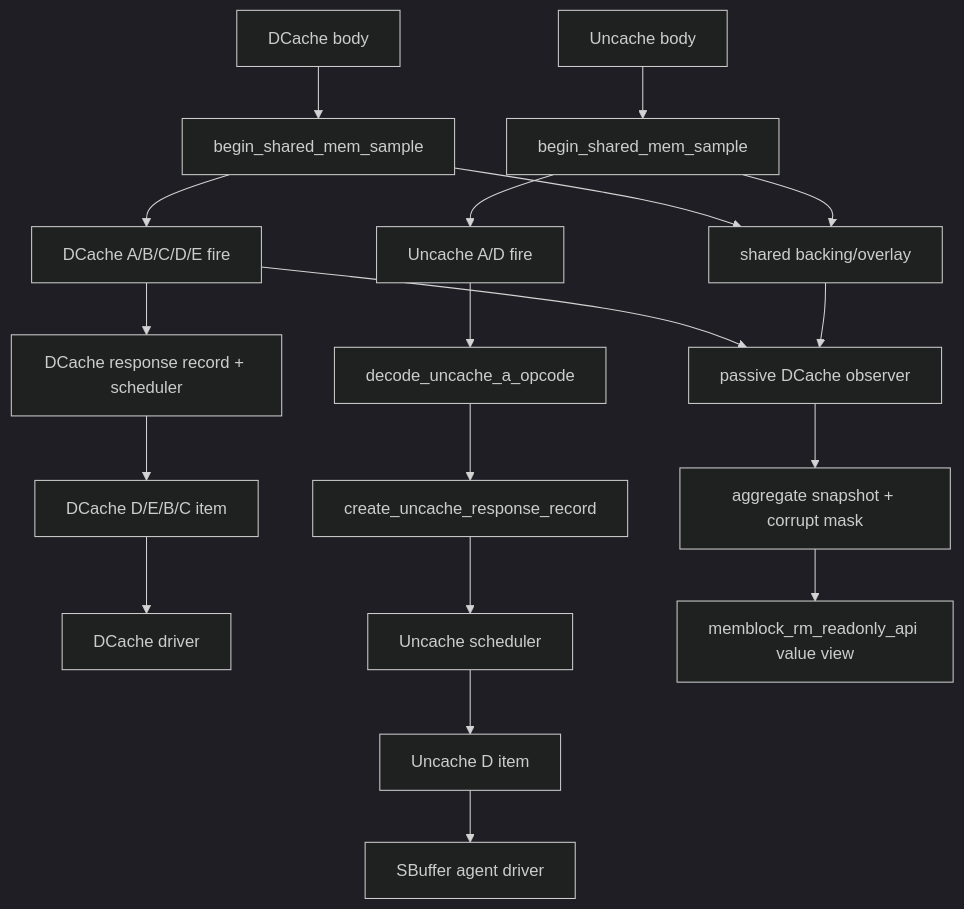
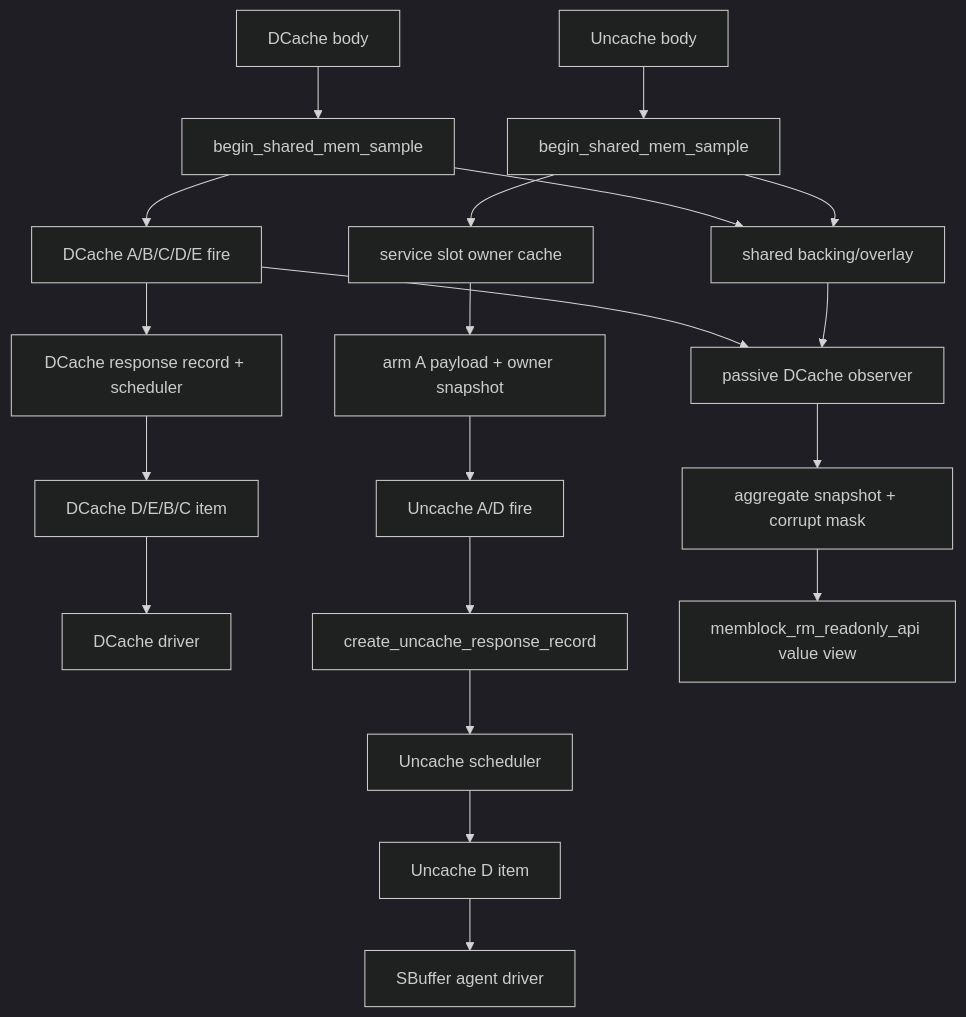
The diagram in AI_DOC/mem_ut_flow_doc/dcache_sbuffer_memory_responder_flow.md (OpenXiangShan/XiangShan), drawn with Mermaid (dark theme) before and after one commit. The commit also changed other lines of this file and 5 other files, not shown here.

Commit message:
memblock: preserve uncache slot owner lifetime

````diff
--- a/AI_DOC/mem_ut_flow_doc/dcache_sbuffer_memory_responder_flow.md
+++ b/AI_DOC/mem_ut_flow_doc/dcache_sbuffer_memory_responder_flow.md
@@ -34,23 +40,24 @@
 ```mermaid
 flowchart TD
     A[DCache body] --> B[begin_shared_mem_sample]
     B --> C[DCache A/B/C/D/E fire]
     C --> D[DCache response record + scheduler]
     D --> E[DCache D/E/B/C item]
     E --> F[DCache driver]
 
     G[Uncache body] --> H[begin_shared_mem_sample]
-    H --> I[Uncache A/D fire]
-    I --> J[decode_uncache_a_opcode]
-    J --> K[create_uncache_response_record]
-    K --> L[Uncache scheduler]
-    L --> M[Uncache D item]
-    M --> N[SBuffer agent driver]
+    H --> I[service slot owner cache]
+    I --> J[arm A payload + owner snapshot]
+    J --> K[Uncache A/D fire]
+    K --> L[create_uncache_response_record]
+    L --> M[Uncache scheduler]
+    M --> N[Uncache D item]
+    N --> O1[SBuffer agent driver]
 
     B --> O[shared backing/overlay]
     H --> O
     C --> P[passive DCache observer]
     O --> P
     P --> Q[aggregate snapshot + corrupt mask]
     Q --> R[memblock_rm_readonly_api value view]
 ```
````
